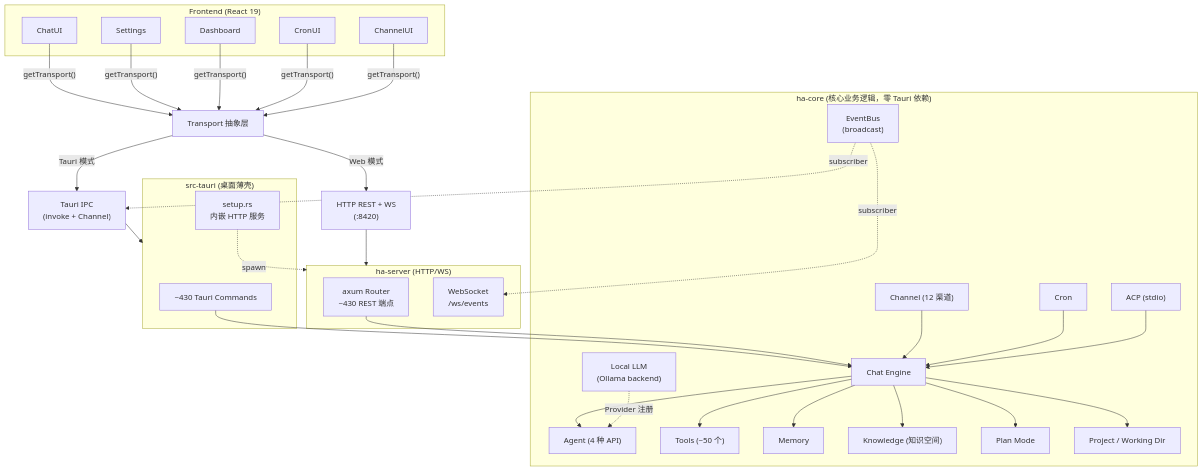
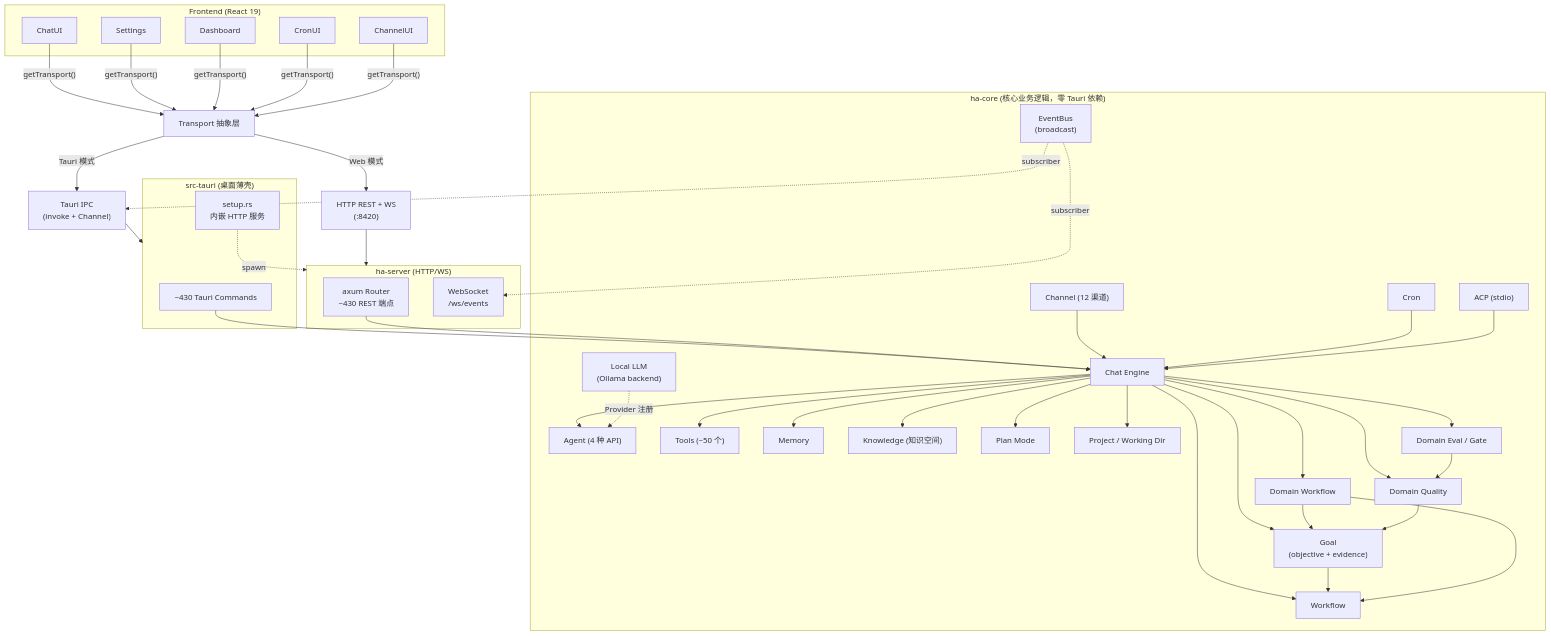
The first of 4 diagrams in docs/architecture/overview.md (shiwenwen/hope-agent), drawn with Mermaid before and after one commit. The commit also changed other lines of this file and 357 other files, not shown here.

````diff
--- a/docs/architecture/overview.md
+++ b/docs/architecture/overview.md
@@ -26,53 +26,63 @@
 ```mermaid
 graph TD
     subgraph Frontend["Frontend (React 19)"]
         ChatUI["ChatUI"]
         Settings["Settings"]
         Dashboard_UI["Dashboard"]
         CronUI["CronUI"]
         ChannelUI["ChannelUI"]
     end
 
     ChatUI & Settings & Dashboard_UI & CronUI & ChannelUI -->|"getTransport()"| Transport["Transport 抽象层"]
 
     Transport -->|"Tauri 模式"| IPC["Tauri IPC<br/>(invoke + Channel)"]
     Transport -->|"Web 模式"| HTTP["HTTP REST + WS<br/>(:8420)"]
 
     IPC --> TauriShell
     HTTP --> OcServer
 
     subgraph TauriShell["src-tauri (桌面薄壳)"]
         Commands["~430 Tauri Commands"]
         TauriSetup["setup.rs<br/>内嵌 HTTP 服务"]
     end
 
     subgraph OcServer["ha-server (HTTP/WS)"]
         Router["axum Router<br/>~430 REST 端点"]
         WSHandler["WebSocket<br/>/ws/events"]
     end
 
     Commands --> ChatEngine
     Router --> ChatEngine
     TauriSetup -.->|"spawn"| OcServer
 
     subgraph OcCore["ha-core (核心业务逻辑，零 Tauri 依赖)"]
         ChatEngine["Chat Engine"]
         ChatEngine --> Agent["Agent (4 种 API)"]
         ChatEngine --> Tools["Tools (~50 个)"]
         ChatEngine --> Memory["Memory"]
         ChatEngine --> Knowledge["Knowledge (知识空间)"]
         ChatEngine --> PlanMode["Plan Mode"]
+        ChatEngine --> Goal["Goal<br/>(objective + evidence)"]
         ChatEngine --> Project["Project / Working Dir"]
+        ChatEngine --> Workflow["Workflow"]
+        Goal --> Workflow
+        ChatEngine --> DomainWorkflow["Domain Workflow"]
+        ChatEngine --> DomainQuality["Domain Quality"]
+        ChatEngine --> DomainEval["Domain Eval / Gate"]
+        DomainWorkflow --> Goal
+        DomainWorkflow --> Workflow
+        DomainQuality --> Goal
+        DomainEval --> DomainQuality
         EventBus["EventBus<br/>(broadcast)"]
         Channel["Channel (12 渠道)"]
         Cron["Cron"]
         ACP["ACP (stdio)"]
         LocalLLM["Local LLM<br/>(Ollama backend)"]
         Channel & Cron & ACP --> ChatEngine
         LocalLLM -.->|"Provider 注册"| Agent
     end
 
     EventBus -.->|"subscriber"| IPC
     EventBus -.->|"subscriber"| WSHandler
 
 ```
````
